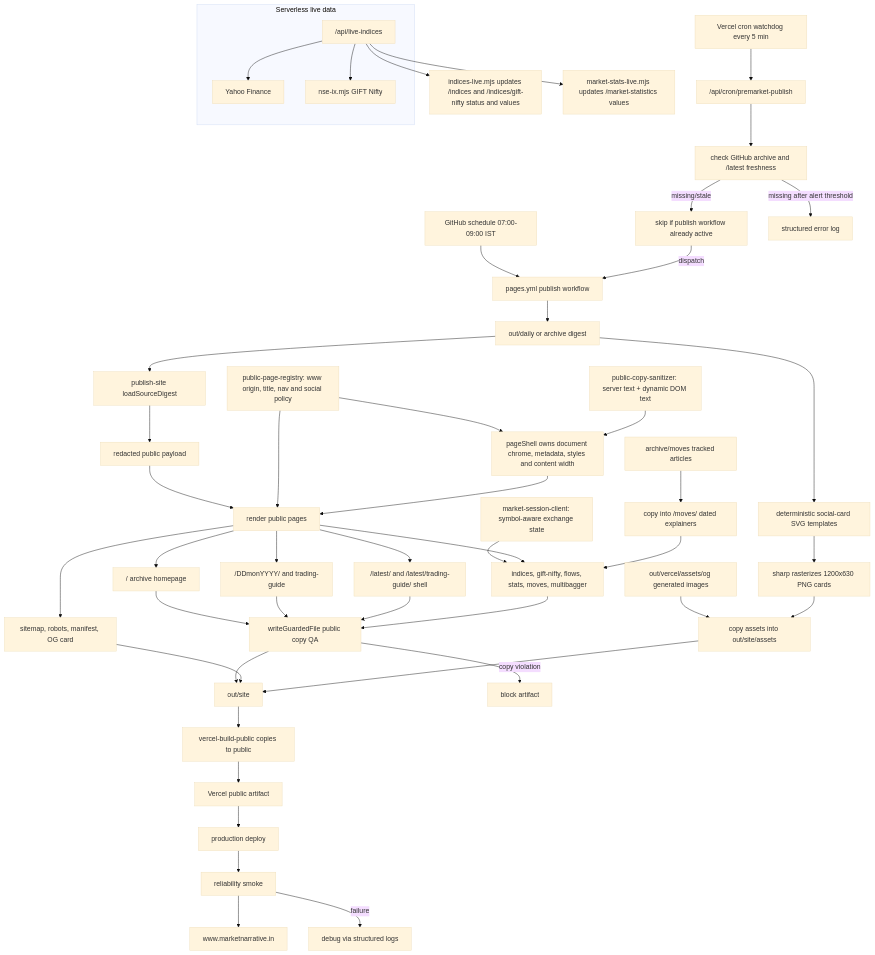
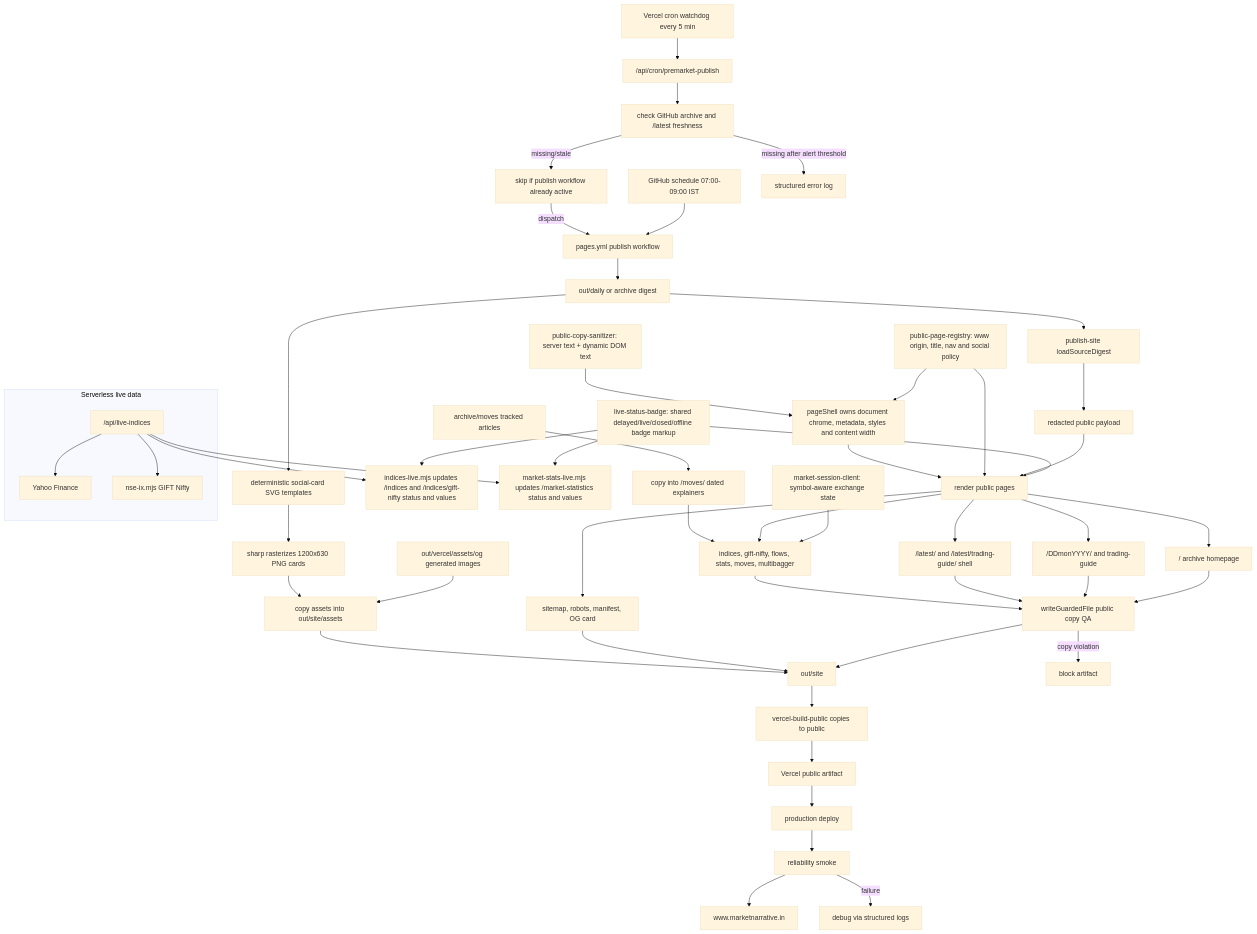
Before and after one commit to Abheydeep/marketNews: the diagram in context/architecture-diagrams/04-static-publish-deploy.mmd, drawn with Mermaid (base theme). The commit also changed 12 other files, not shown here.

Commit message:
fix(public): share market page shell status

```diff
--- a/context/architecture-diagrams/04-static-publish-deploy.mmd
+++ b/context/architecture-diagrams/04-static-publish-deploy.mmd
@@ -1,52 +1,55 @@
 flowchart TD
   GitHubSchedule["GitHub schedule 07:00-09:00 IST"] --> PagesWorkflow["pages.yml publish workflow"]
   VercelCron["Vercel cron watchdog every 5 min"] --> CronApi["/api/cron/premarket-publish"]
   CronApi --> ArchiveCheck["check GitHub archive and /latest freshness"]
   ArchiveCheck -->|missing/stale| ActiveRunCheck["skip if publish workflow already active"]
   ActiveRunCheck -->|dispatch| PagesWorkflow
   ArchiveCheck -->|missing after alert threshold| HardAlert["structured error log"]
   PagesWorkflow --> Digest
 
   Digest["out/daily or archive digest"] --> Load["publish-site loadSourceDigest"]
   Registry["public-page-registry: www origin, title, nav and social policy"] --> SharedShell["pageShell owns document chrome, metadata, styles and content width"]
+  LiveBadge["live-status-badge: shared delayed/live/closed/offline badge markup"] --> Pages
   RuntimeAssets["out/vercel/assets/og generated images"] --> AssetCopy["copy assets into out/site/assets"]
   Digest --> SocialCards["deterministic social-card SVG templates"]
   SocialCards --> Sharp["sharp rasterizes 1200x630 PNG cards"]
   Sharp --> AssetCopy
   Load --> Redact["redacted public payload"]
   Redact --> Pages["render public pages"]
   Registry --> Pages
   SharedShell --> Pages
   PublicCopy["public-copy-sanitizer: server text + dynamic DOM text"] --> SharedShell
   SessionState["market-session-client: symbol-aware exchange state"] --> Hubs
   Pages --> Home["/ archive homepage"]
   Pages --> Dated["/DDmonYYYY/ and trading-guide"]
   Pages --> Latest["/latest/ and /latest/trading-guide/ shell"]
   Pages --> Hubs["indices, gift-nifty, flows, stats, moves, multibagger"]
   Pages --> SEO["sitemap, robots, manifest, OG card"]
   MovesArchive["archive/moves tracked articles"] --> MovesCopy["copy into /moves/ dated explainers"]
   MovesCopy --> Hubs
 
   subgraph LiveAPI["Serverless live data"]
     LiveIndices["/api/live-indices"]
     LiveIndices --> YahooLive["Yahoo Finance"]
     LiveIndices --> NseIxLive["nse-ix.mjs GIFT Nifty"]
   end
   LiveIndices --> IndicesClient["indices-live.mjs updates /indices and /indices/gift-nifty status and values"]
-  LiveIndices --> StatsClient["market-stats-live.mjs updates /market-statistics values"]
+  LiveIndices --> StatsClient["market-stats-live.mjs updates /market-statistics status and values"]
+  LiveBadge --> IndicesClient
+  LiveBadge --> StatsClient
 
   Home --> Guard["writeGuardedFile public copy QA"]
   Dated --> Guard
   Latest --> Guard
   Hubs --> Guard
   Guard --> OutSite["out/site"]
   SEO --> OutSite
   AssetCopy --> OutSite
   OutSite --> VercelBuild["vercel-build-public copies to public"]
   VercelBuild --> Artifact["Vercel public artifact"]
   Artifact --> Deploy["production deploy"]
   Deploy --> Smoke["reliability smoke"]
   Smoke --> Live["www.marketnarrative.in"]
 
   Guard -->|copy violation| Block["block artifact"]
   Smoke -->|failure| Incident["debug via structured logs"]
```
